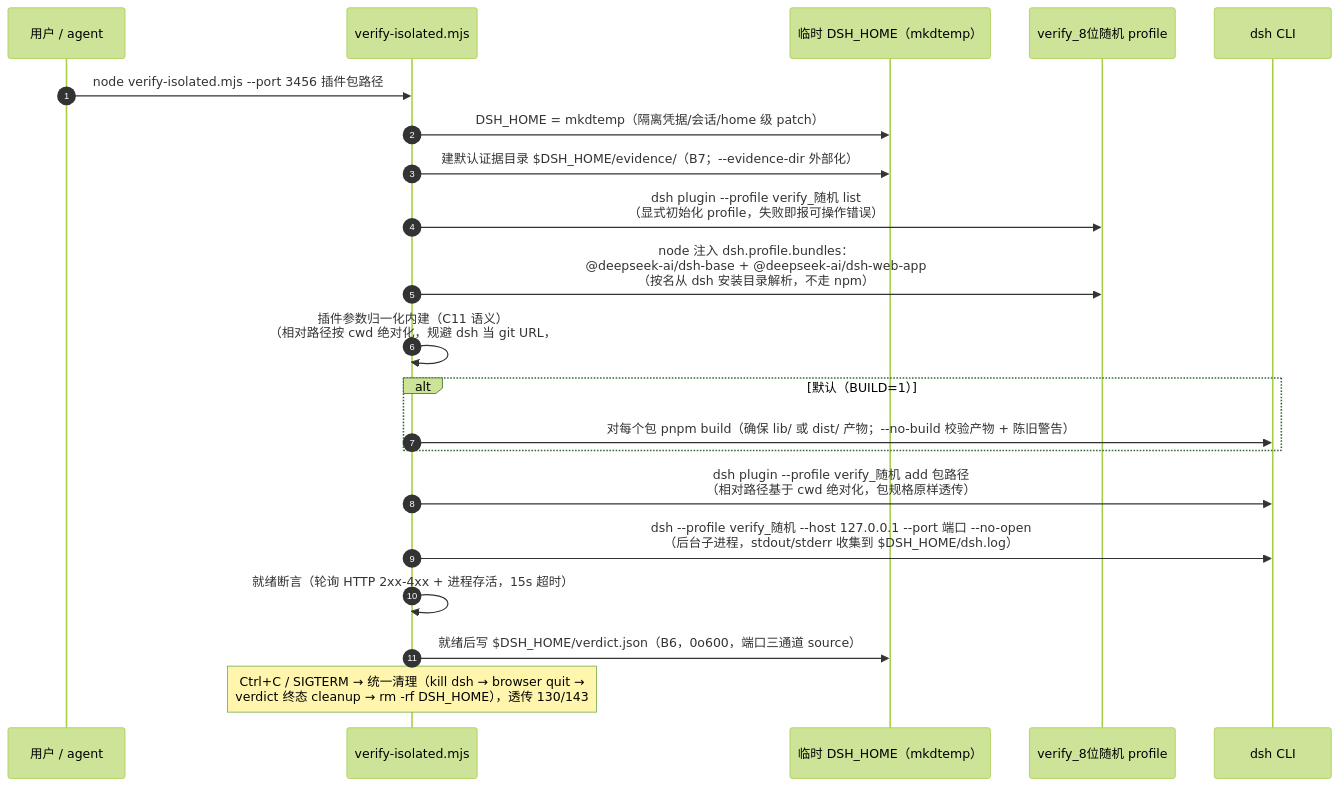
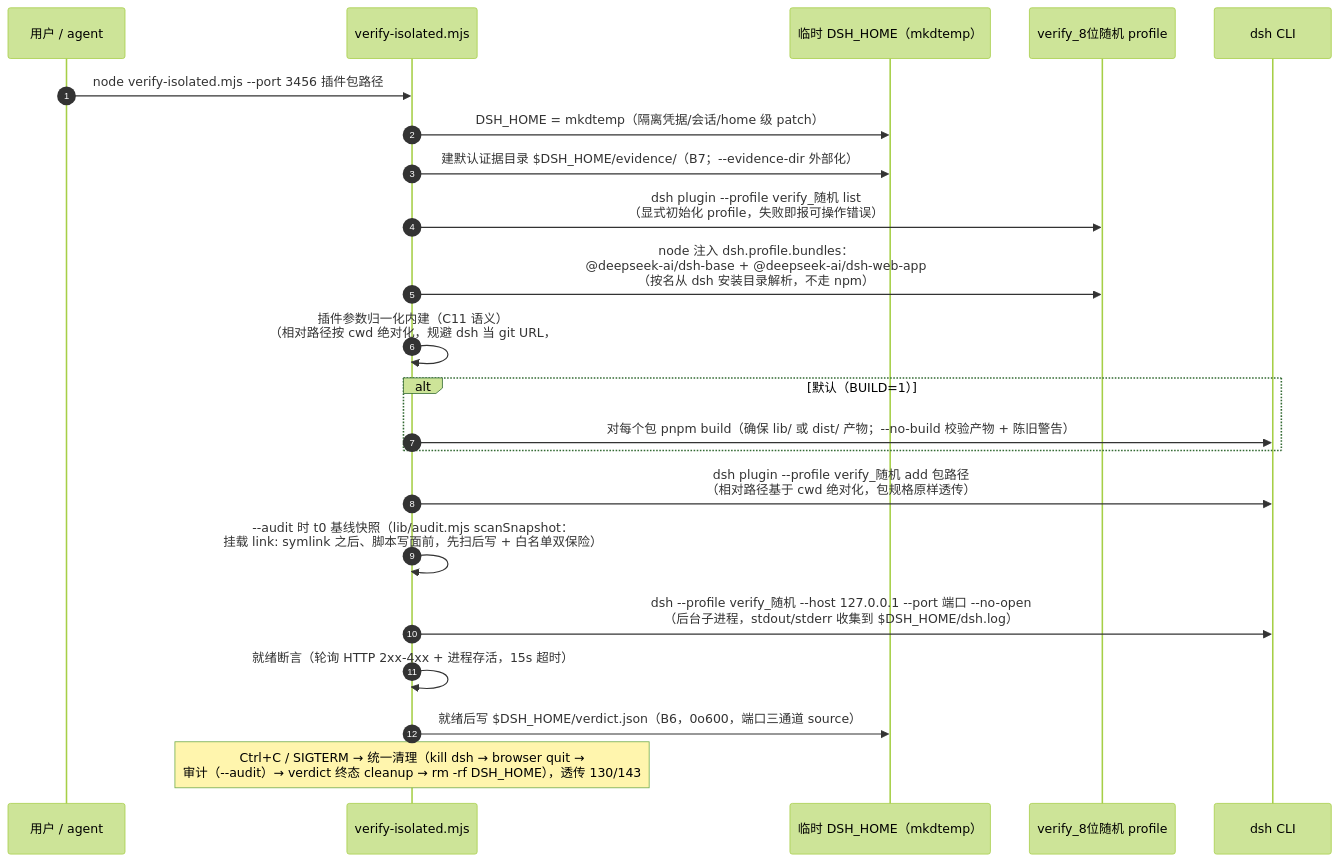
Before and after one commit to wingsky-1/dsh-plugin-hub: the second of 2 diagrams in docs/architecture/dsh-verify-isolated.md, drawn with Mermaid (forest theme). The commit also changed other lines of this file and 6 other files, not shown here.

First line of the commit message:
feat(dsh-verify-isolated): B4 隔离审计白名单版——--audit/--audit-extra-dirs，白名单外变化报可疑不阻断 (#517) (#540)

````diff
--- a/docs/architecture/dsh-verify-isolated.md
+++ b/docs/architecture/dsh-verify-isolated.md
@@ -56,24 +56,25 @@
 ```mermaid
 sequenceDiagram
     autonumber
     participant U as 用户 / agent
     participant SH as verify-isolated.mjs
     participant T as 临时 DSH_HOME（mkdtemp）
     participant P as verify_8位随机 profile
     participant D as dsh CLI
 
     U->>SH: node verify-isolated.mjs --port 3456 插件包路径
     SH->>T: DSH_HOME = mkdtemp（隔离凭据/会话/home 级 patch）
     SH->>T: 建默认证据目录 $DSH_HOME/evidence/（B7；--evidence-dir 外部化）
     SH->>P: dsh plugin --profile verify_随机 list<br/>（显式初始化 profile，失败即报可操作错误）
     SH->>P: node 注入 dsh.profile.bundles：<br/>@deepseek-ai/dsh-base + @deepseek-ai/dsh-web-app<br/>（按名从 dsh 安装目录解析，不走 npm）
     SH->>SH: 插件参数归一化内建（C11 语义）<br/>（相对路径按 cwd 绝对化，规避 dsh 当 git URL，#517 C11）
     alt 默认（BUILD=1）
         SH->>D: 对每个包 pnpm build（确保 lib/ 或 dist/ 产物；--no-build 校验产物 + 陈旧警告）
     end
     SH->>D: dsh plugin --profile verify_随机 add 包路径<br/>（相对路径基于 cwd 绝对化，包规格原样透传）
+    SH->>SH: --audit 时 t0 基线快照（lib/audit.mjs scanSnapshot：<br/>挂载 link: symlink 之后、脚本写面前，先扫后写 + 白名单双保险）
     SH->>D: dsh --profile verify_随机 --host 127.0.0.1 --port 端口 --no-open<br/>（后台子进程，stdout/stderr 收集到 $DSH_HOME/dsh.log）
     SH->>SH: 就绪断言（轮询 HTTP 2xx-4xx + 进程存活，15s 超时）
     SH->>T: 就绪后写 $DSH_HOME/verdict.json（B6，0o600，端口三通道 source）
-    Note over SH: Ctrl+C / SIGTERM → 统一清理（kill dsh → browser quit →<br/>verdict 终态 cleanup → rm -rf DSH_HOME），透传 130/143
+    Note over SH: Ctrl+C / SIGTERM → 统一清理（kill dsh → browser quit →<br/>审计（--audit）→ verdict 终态 cleanup → rm -rf DSH_HOME），透传 130/143
 ```
````
